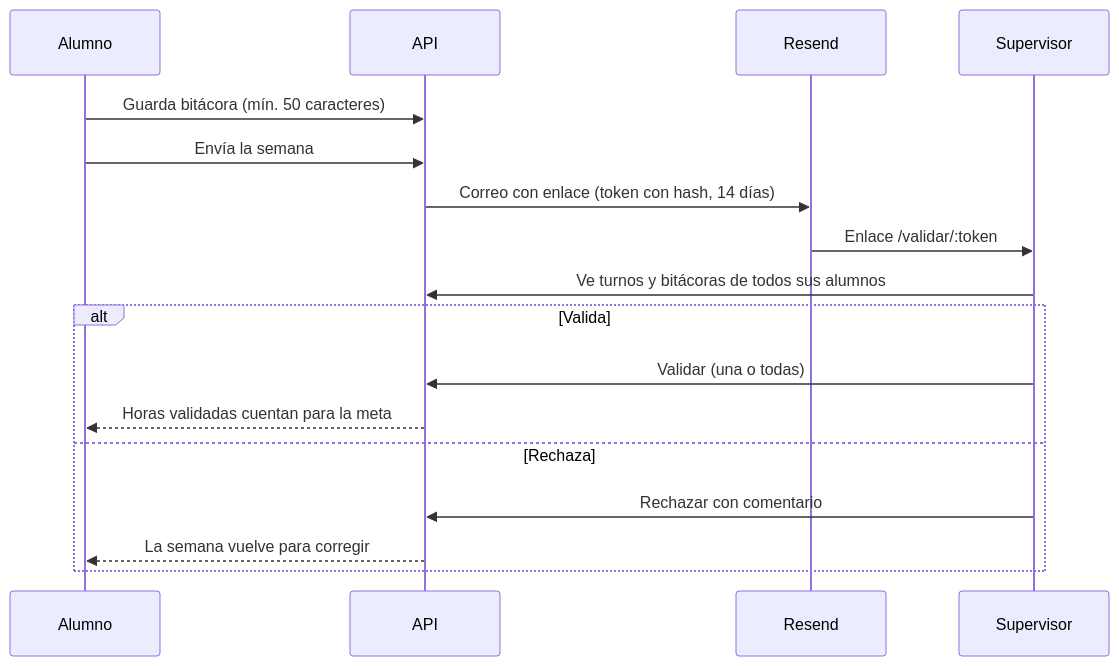
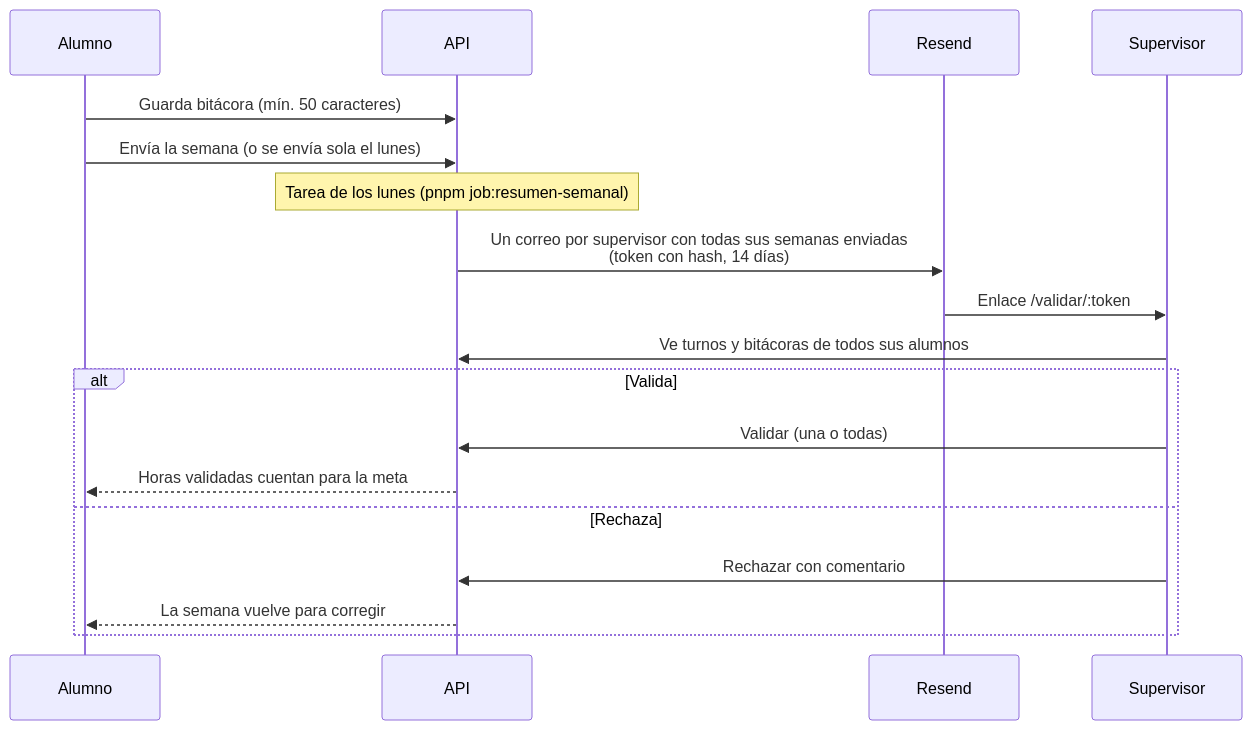
The sixth of 7 diagrams in README.md (leslie-garcia801/praxis), drawn with Mermaid before and after one commit. The commit also changed other lines of this file and 2 other files, not shown here.

First line of the commit message:
docs: add UI flow diagrams per role and update README status and seed setup

````diff
--- a/README.md
+++ b/README.md
@@ -180,19 +218,20 @@
 ```mermaid
 sequenceDiagram
   participant A as Alumno
   participant API as API
   participant M as Resend
   participant S as Supervisor
   A->>API: Guarda bitácora (mín. 50 caracteres)
-  A->>API: Envía la semana
-  API->>M: Correo con enlace (token con hash, 14 días)
+  A->>API: Envía la semana (o se envía sola el lunes)
+  Note over API: Tarea de los lunes (pnpm job:resumen-semanal)
+  API->>M: Un correo por supervisor con todas sus semanas enviadas<br/>(token con hash, 14 días)
   M->>S: Enlace /validar/:token
   S->>API: Ve turnos y bitácoras de todos sus alumnos
   alt Valida
     S->>API: Validar (una o todas)
     API-->>A: Horas validadas cuentan para la meta
   else Rechaza
     S->>API: Rechazar con comentario
     API-->>A: La semana vuelve para corregir
   end
 ```
````
